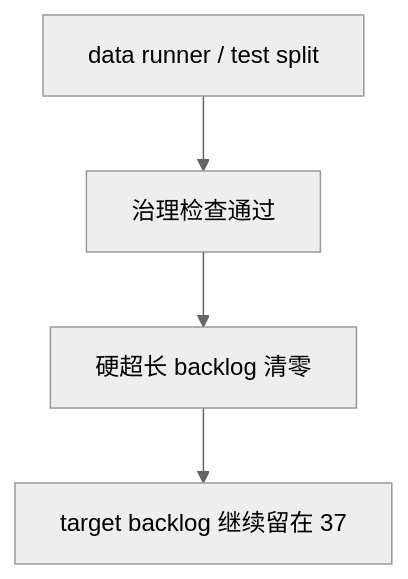
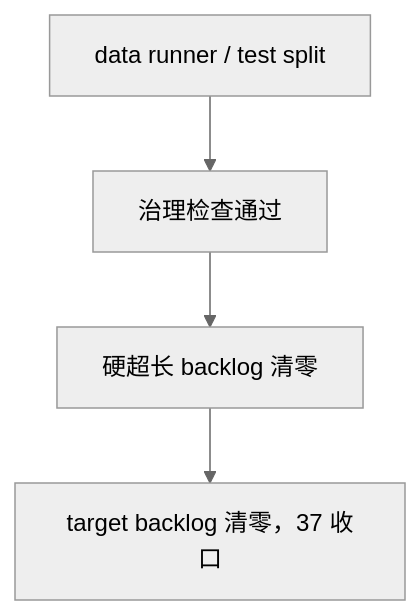
Before and after one commit to everything-is-simple/lifespan-0.01: the diagram in docs/03-execution/37-system-governance-historical-debt-backlog-burndown-conclusion-20260412.md, drawn with Mermaid (neutral theme). The commit also changed other lines of this file and 11 other files, not shown here.

````diff
--- a/docs/03-execution/37-system-governance-historical-debt-backlog-burndown-conclusion-20260412.md
+++ b/docs/03-execution/37-system-governance-historical-debt-backlog-burndown-conclusion-20260412.md
@@ -24,6 +23,6 @@
 ```mermaid
 flowchart TD
     A["data runner / test split"] --> B["治理检查通过"]
     B --> C["硬超长 backlog 清零"]
-    C --> D["target backlog 继续留在 37"]
+    C --> D["target backlog 清零，37 收口"]
 ```
````
